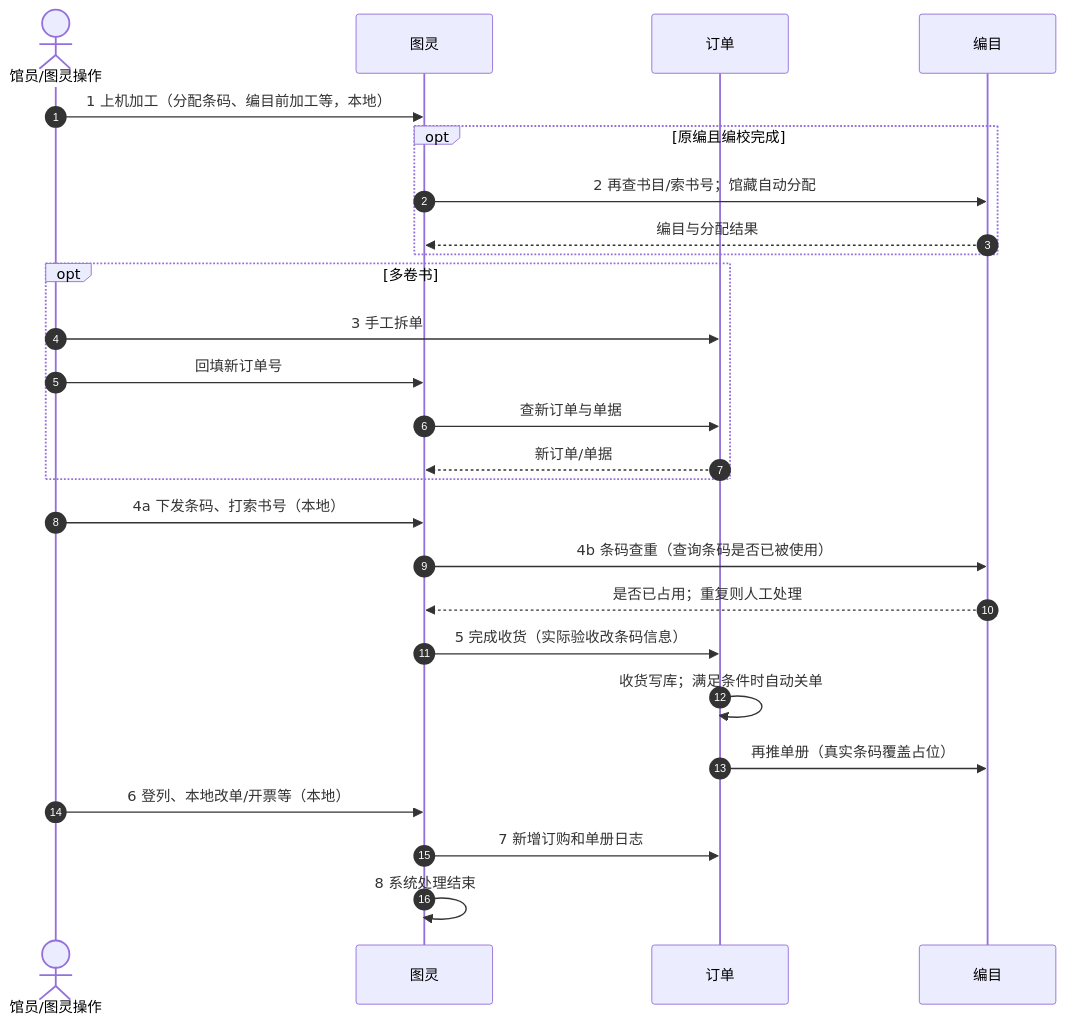
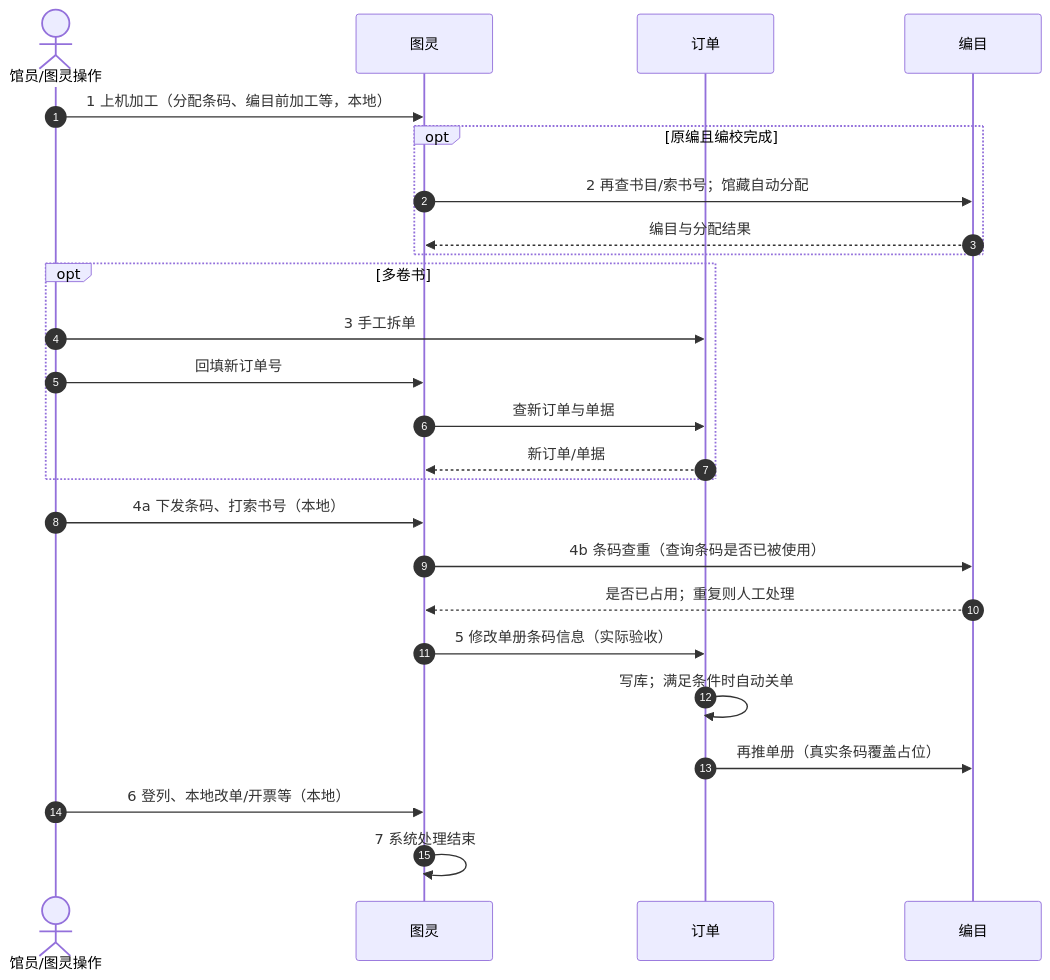
The second of 2 diagrams in docs/superpowers/specs/2026-10-14-turing-order-catalog-acceptance-flow-design.md (yxw7/orderM), drawn with Mermaid before and after one commit. The commit also changed other lines of this file and 1 other file, not shown here.

````diff
--- a/docs/superpowers/specs/2026-10-14-turing-order-catalog-acceptance-flow-design.md
+++ b/docs/superpowers/specs/2026-10-14-turing-order-catalog-acceptance-flow-design.md
@@ -127,29 +125,28 @@
 ```mermaid
 sequenceDiagram
   autonumber
   actor Op as 馆员/图灵操作
   participant T as 图灵
   participant O as 订单
   participant C as 编目
 
   Op->>T: 1 上机加工（分配条码、编目前加工等，本地）
   opt 原编且编校完成
     T->>C: 2 再查书目/索书号；馆藏自动分配
     C-->>T: 编目与分配结果
   end
   opt 多卷书
     Op->>O: 3 手工拆单
     Op->>T: 回填新订单号
     T->>O: 查新订单与单据
     O-->>T: 新订单/单据
   end
   Op->>T: 4a 下发条码、打索书号（本地）
   T->>C: 4b 条码查重（查询条码是否已被使用）
   C-->>T: 是否已占用；重复则人工处理
-  T->>O: 5 完成收货（实际验收改条码信息）
-  O->>O: 收货写库；满足条件时自动关单
+  T->>O: 5 修改单册条码信息（实际验收）
+  O->>O: 写库；满足条件时自动关单
   O->>C: 再推单册（真实条码覆盖占位）
   Op->>T: 6 登列、本地改单/开票等（本地）
-  T->>O: 7 新增订购和单册日志
-  T->>T: 8 系统处理结束
+  T->>T: 7 系统处理结束
 ```
````
